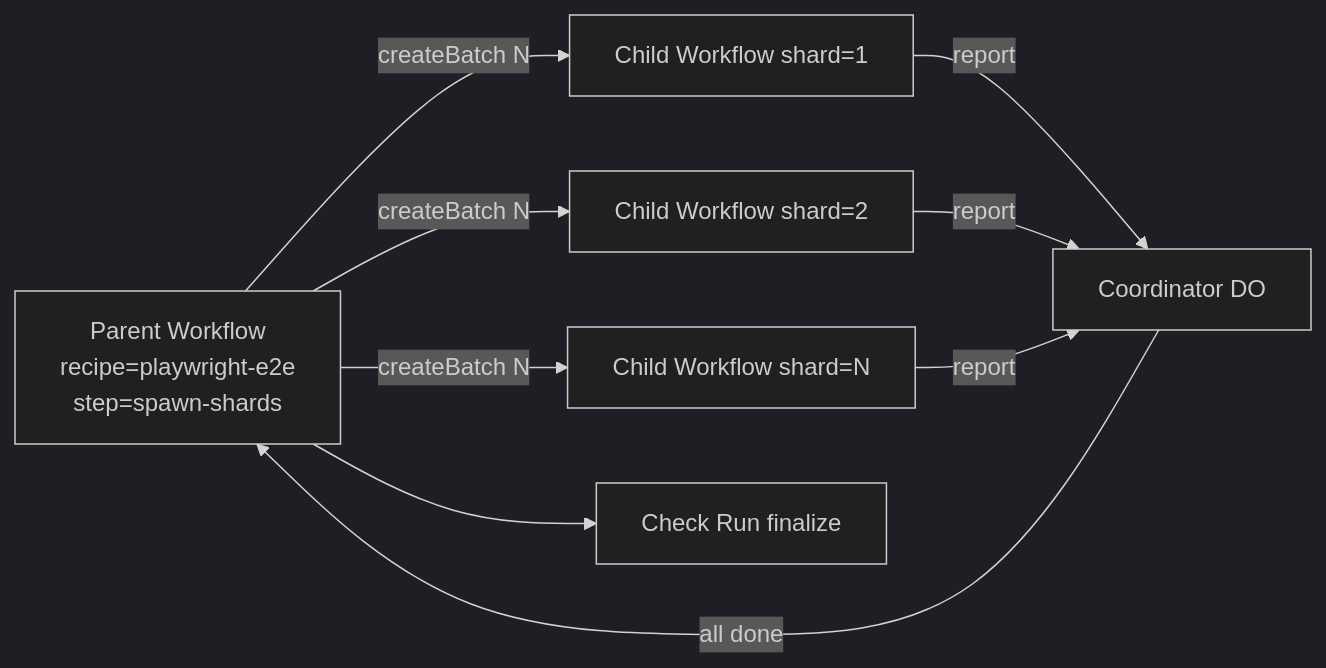
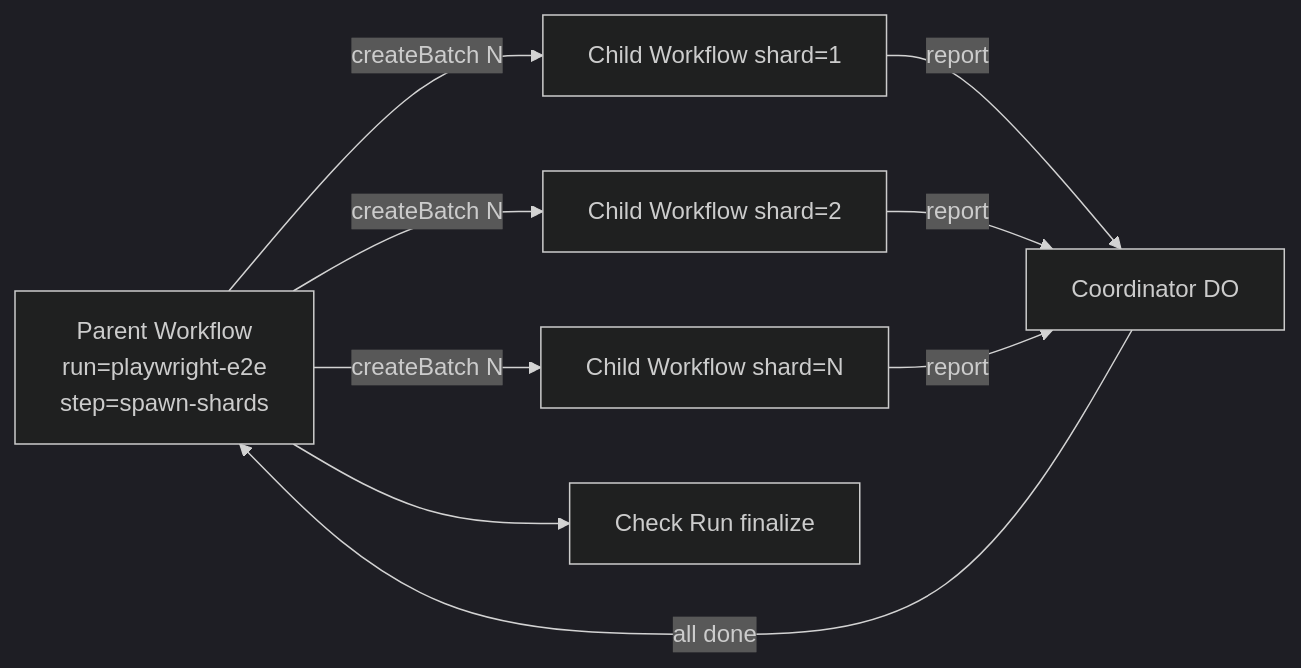
Before and after one commit to OpenHackersClub/flare-dispatch: the third of 3 diagrams in specs/01-architecture.md, drawn with Mermaid (dark theme). The commit also changed other lines of this file and 9 other files, not shown here.

First line of the commit message:
docs: rename recipe→run, add PRD and cost spec

````diff
--- a/specs/01-architecture.md
+++ b/specs/01-architecture.md
@@ -178,11 +184,11 @@
 ```mermaid
 flowchart LR
-  P[Parent Workflow<br/>recipe=playwright-e2e<br/>step=spawn-shards] -->|createBatch N| C1[Child Workflow shard=1]
+  P[Parent Workflow<br/>run=playwright-e2e<br/>step=spawn-shards] -->|createBatch N| C1[Child Workflow shard=1]
   P -->|createBatch N| C2[Child Workflow shard=2]
   P -->|createBatch N| Cn[Child Workflow shard=N]
   C1 -->|report| CO[Coordinator DO]
   C2 -->|report| CO
   Cn -->|report| CO
   CO -->|all done| P
   P --> CHK[Check Run finalize]
 ```
````
